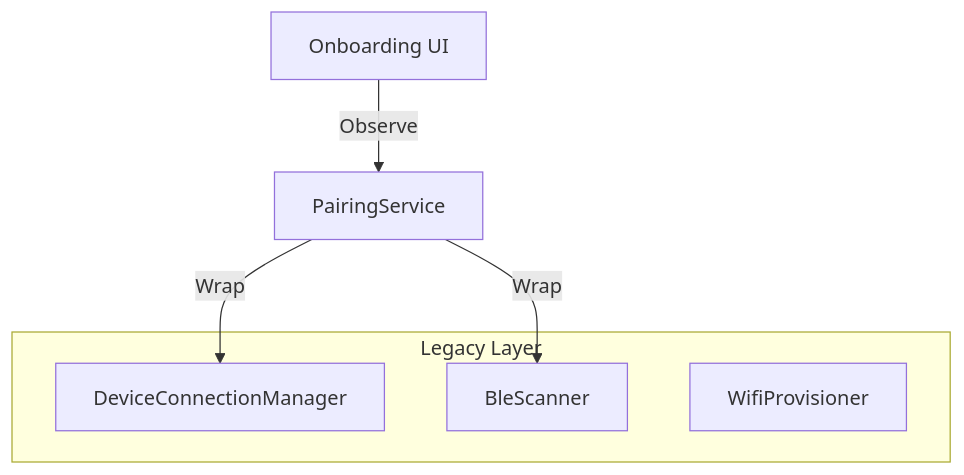
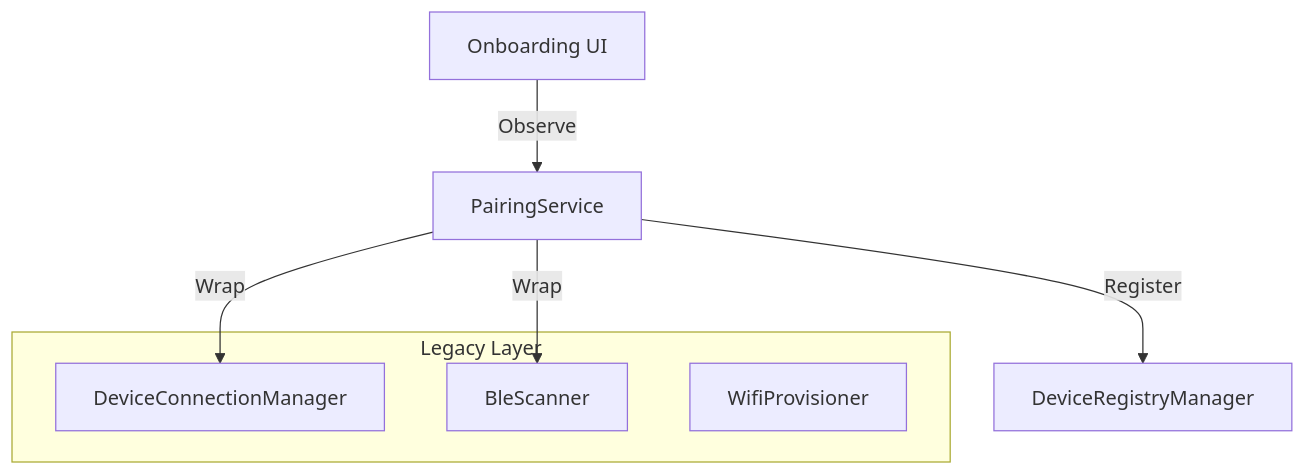
The diagram in docs/cerb/device-pairing/spec.md (esir-nus/smart-sales-main), drawn with Mermaid before and after one commit. The commit also changed other lines of this file and 24 other files, not shown here.

````diff
--- a/docs/cerb/device-pairing/spec.md
+++ b/docs/cerb/device-pairing/spec.md
@@ -10,12 +10,13 @@
 ```mermaid
 graph TD
     UI[Onboarding UI] -->|Observe| PS[PairingService]
     PS -->|Wrap| LM[Legacy Manager]
     PS -->|Wrap| BS[BleScanner]
+    PS -->|Register| RM[DeviceRegistryManager]
     
     subgraph Legacy Layer
     LM[DeviceConnectionManager]
     BS[BleScanner]
     WP[WifiProvisioner]
     end
 ```
````
